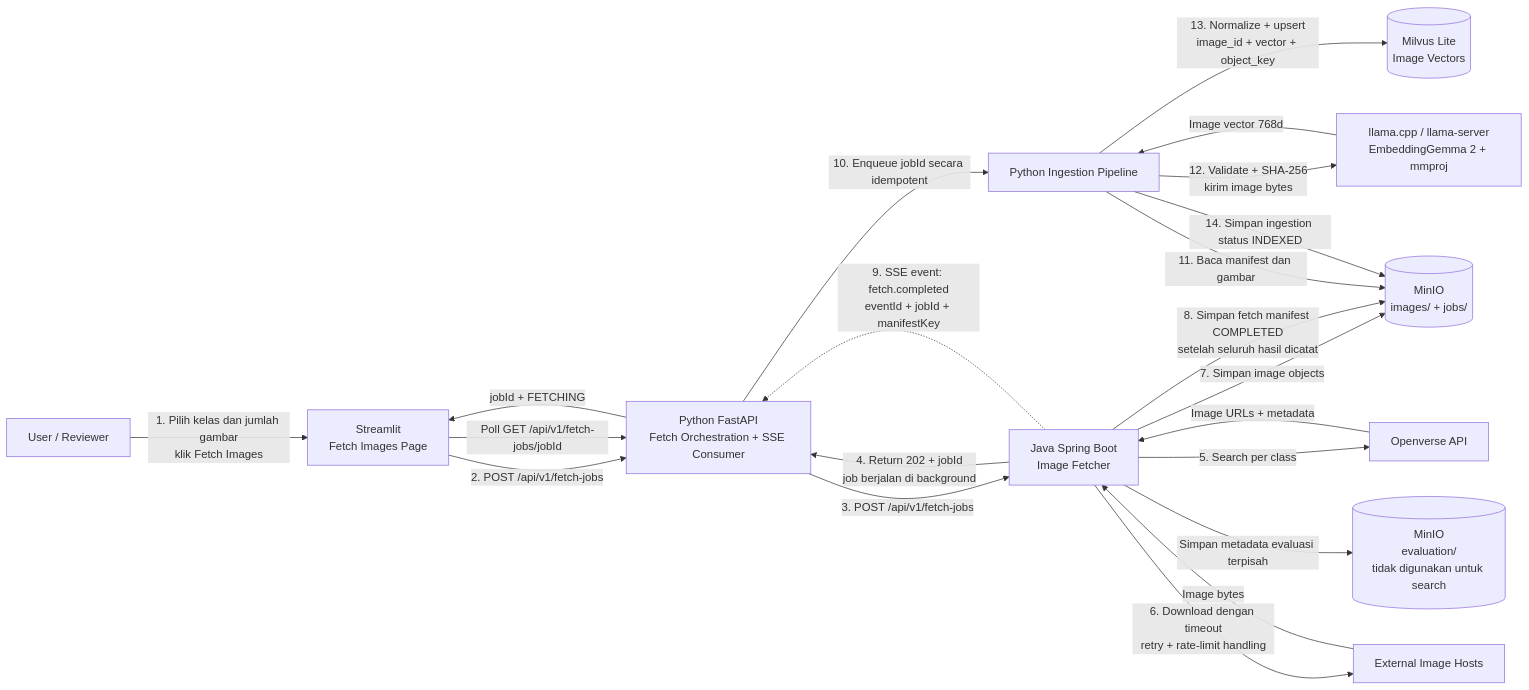
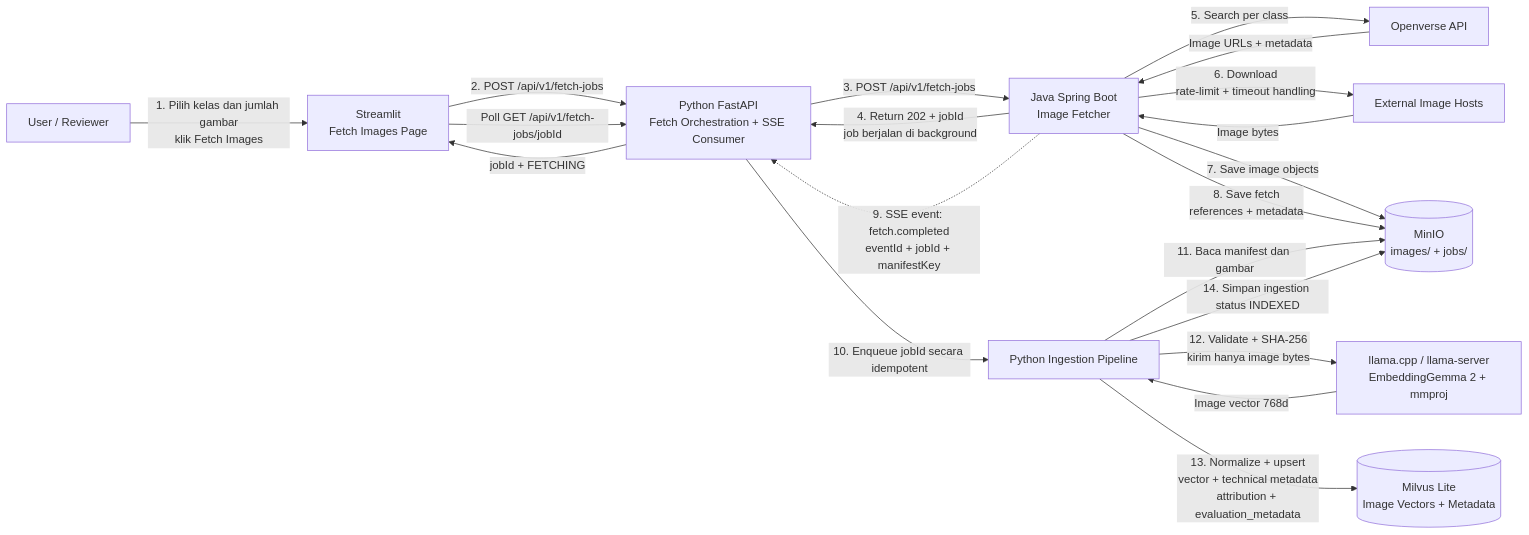
One commit to mwahid60/image-search changed the first of 2 diagrams in docs/rencana-implementasi.md. Above: the diagram before and after it, drawn with Mermaid. The commit also changed other lines of this file and 1 other file, not shown here.

````diff
--- a/docs/rencana-implementasi.md
+++ b/docs/rencana-implementasi.md
@@ -108,42 +110,39 @@
 ```mermaid
 flowchart LR
     U["User / Reviewer"]
     ST["Streamlit<br/>Fetch Images Page"]
     PY["Python FastAPI<br/>Fetch Orchestration + SSE Consumer"]
     JAVA["Java Spring Boot<br/>Image Fetcher"]
     OV["Openverse API"]
     SRC["External Image Hosts"]
 
     MINIO[("MinIO<br/>images/ + jobs/")]
-    EVAL[("MinIO<br/>evaluation/<br/>tidak digunakan untuk search")]
-
     INGEST["Python Ingestion Pipeline"]
     MODEL["llama.cpp / llama-server<br/>EmbeddingGemma 2 + mmproj"]
-    MILVUS[("Milvus Lite<br/>Image Vectors")]
+    MILVUS[("Milvus Lite<br/>Image Vectors + Metadata")]
 
     U -- "1. Pilih kelas dan jumlah gambar<br/>klik Fetch Images" --> ST
     ST -- "2. POST /api/v1/fetch-jobs" --> PY
     PY -- "3. POST /api/v1/fetch-jobs" --> JAVA
     JAVA -- "4. Return 202 + jobId<br/>job berjalan di background" --> PY
     PY -- "jobId + FETCHING" --> ST
 
     JAVA -- "5. Search per class" --> OV
     OV -- "Image URLs + metadata" --> JAVA
-    JAVA -- "6. Download dengan timeout<br/>retry + rate-limit handling" --> SRC
+    JAVA -- "6. Download<br/>rate-limit + timeout handling" --> SRC
     SRC -- "Image bytes" --> JAVA
 
-    JAVA -- "7. Simpan image objects" --> MINIO
-    JAVA -- "Simpan metadata evaluasi terpisah" --> EVAL
-    JAVA -- "8. Simpan fetch manifest COMPLETED<br/>setelah seluruh hasil dicatat" --> MINIO
+    JAVA -- "7. Save image objects" --> MINIO
+    JAVA -- "8. Save fetch<br/>references + metadata" --> MINIO
 
     JAVA -. "9. SSE event: fetch.completed<br/>eventId + jobId + manifestKey" .-> PY
     PY -- "10. Enqueue jobId secara idempotent" --> INGEST
 
     INGEST -- "11. Baca manifest dan gambar" --> MINIO
-    INGEST -- "12. Validate + SHA-256<br/>kirim image bytes" --> MODEL
+    INGEST -- "12. Validate + SHA-256<br/>kirim hanya image bytes" --> MODEL
     MODEL -- "Image vector 768d" --> INGEST
-    INGEST -- "13. Normalize + upsert<br/>image_id + vector + object_key" --> MILVUS
+    INGEST -- "13. Normalize + upsert<br/>vector + technical metadata<br/>attribution + evaluation_metadata" --> MILVUS
     INGEST -- "14. Simpan ingestion status INDEXED" --> MINIO
 
     ST -- "Poll GET /api/v1/fetch-jobs/jobId" --> PY
 ```
````
